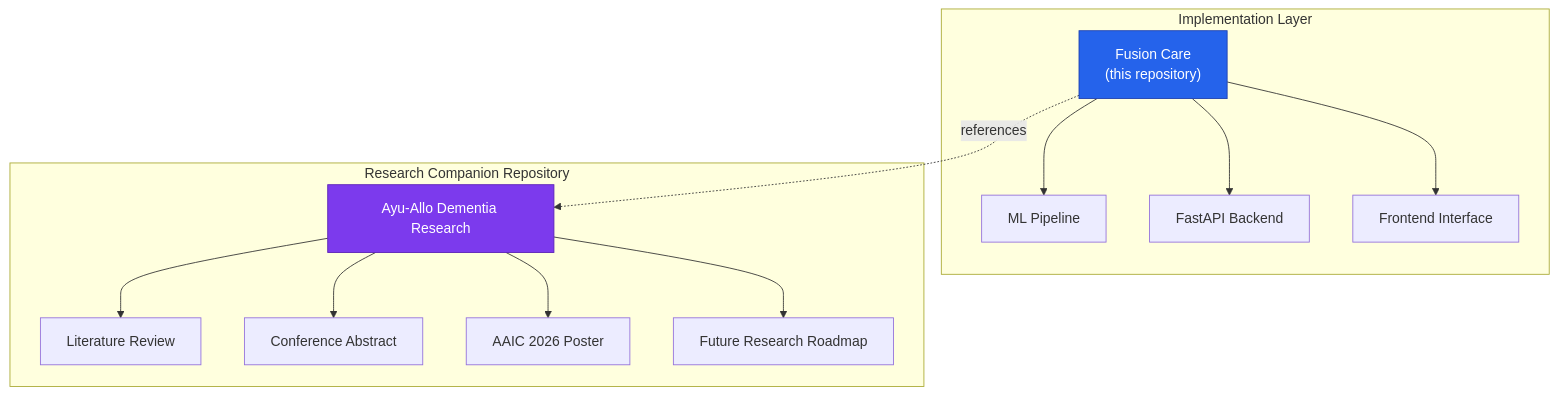
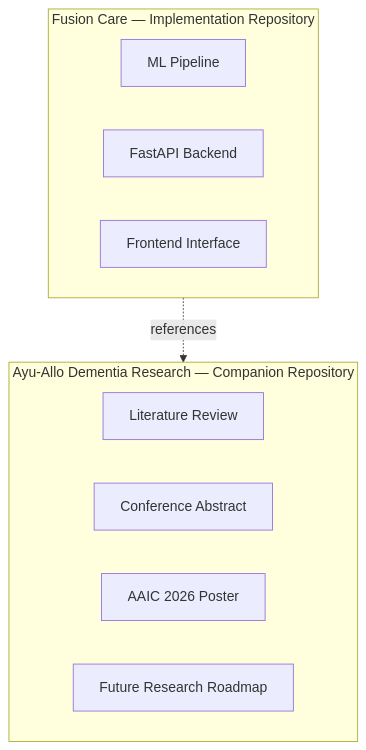
Before and after one commit to Avgohil/fusion-care-alzheimer-ml: the first of 9 diagrams in README.md, drawn with Mermaid. The commit also changed other lines of this file, not shown here.

````diff
--- a/README.md
+++ b/README.md
@@ -95,23 +66,17 @@
 ```mermaid
 flowchart TD
-    FC["Fusion Care<br/>(this repository)"]
-
-    subgraph Implementation ["Implementation Layer"]
-        FC --> ML[ML Pipeline]
-        FC --> API[FastAPI Backend]
-        FC --> UI[Frontend Interface]
+    subgraph Implementation ["Fusion Care — Implementation Repository"]
+        ML[ML Pipeline]
+        API[FastAPI Backend]
+        UI[Frontend Interface]
     end
 
-    subgraph Research ["Research Companion Repository"]
-        RR[Ayu-Allo Dementia Research]
-        RR --> LIT[Literature Review]
-        RR --> ABS[Conference Abstract]
-        RR --> POST[AAIC 2026 Poster]
-        RR --> FUT[Future Research Roadmap]
+    subgraph Research ["Ayu-Allo Dementia Research — Companion Repository"]
+        LIT[Literature Review]
+        ABS[Conference Abstract]
+        POST[AAIC 2026 Poster]
+        FUT[Future Research Roadmap]
     end
 
-    FC -.references.-> RR
-
-    style FC fill:#2563eb,stroke:#1e40af,color:#fff
-    style RR fill:#7c3aed,stroke:#5b21b6,color:#fff
+    Implementation -. references .-> Research
 ```
````
